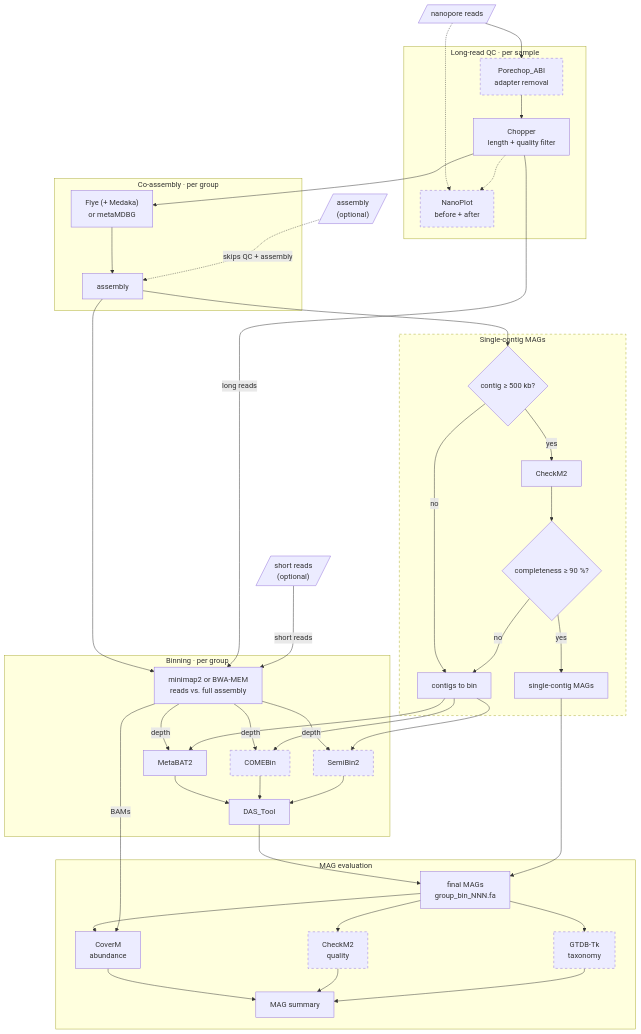
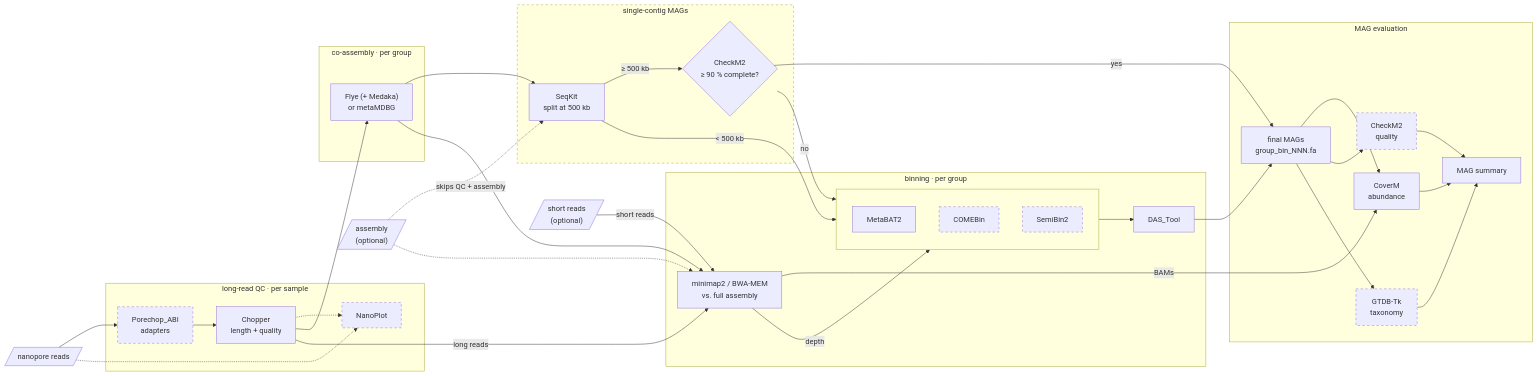
One commit to dsamoht/mag-ont changed the diagram in README.md. Above: the diagram before and after it, drawn with Mermaid.

Commit message:
horizontal dag edit

````diff
--- a/README.md
+++ b/README.md
@@ -24,64 +24,59 @@
 ```mermaid
-flowchart TD
+flowchart LR
     lr[/"nanopore reads"/]
     sr[/"short reads<br/>(optional)"/]
     asm_in[/"assembly<br/>(optional)"/]
 
-    subgraph qc ["Long-read QC · per sample"]
-        porechop["Porechop_ABI<br/>adapter removal"] --> chopper["Chopper<br/>length + quality filter"]
-        nanoplot["NanoPlot<br/>before + after"]
+    subgraph qc ["long-read QC · per sample"]
+        porechop["Porechop_ABI<br/>adapters"] --> chopper["Chopper<br/>length + quality"]
+        nanoplot["NanoPlot"]
     end
 
-    subgraph assembly ["Co-assembly · per group"]
-        assembler["Flye (+ Medaka)<br/>or metaMDBG"] --> asm["assembly"]
+    subgraph assembly ["co-assembly · per group"]
+        assembler["Flye (+ Medaka)<br/>or metaMDBG"]
     end
 
-    subgraph scmag ["Single-contig MAGs"]
-        is_long{"contig ≥ 500 kb?"}
-        checkm_sc["CheckM2"]
-        is_complete{"completeness ≥ 90 %?"}
-        sc["single-contig MAGs"]
-        to_bin["contigs to bin"]
-        is_long -- yes --> checkm_sc --> is_complete
-        is_long -- no --> to_bin
-        is_complete -- no --> to_bin
-        is_complete -- yes --> sc
+    subgraph scmag ["single-contig MAGs"]
+        split["SeqKit<br/>split at 500 kb"] -- "≥ 500 kb" --> checkm_sc{"CheckM2<br/>≥ 90 % complete?"}
     end
 
-    subgraph binning ["Binning · per group"]
-        mapping["minimap2 or BWA-MEM<br/>reads vs. full assembly"]
-        metabat["MetaBAT2"]
-        comebin["COMEBin"]
-        semibin["SemiBin2"]
+    subgraph binning ["binning · per group"]
+        mapping["minimap2 / BWA-MEM<br/>vs. full assembly"]
+        subgraph binners [" "]
+            metabat["MetaBAT2"]
+            comebin["COMEBin"]
+            semibin["SemiBin2"]
+        end
         dastool["DAS_Tool"]
-        mapping -- depth --> metabat & comebin & semibin
-        metabat & comebin & semibin --> dastool
+        mapping -- depth --> binners --> dastool
     end
 
     subgraph evaluation ["MAG evaluation"]
         mags["final MAGs<br/>group_bin_NNN.fa"]
         coverm["CoverM<br/>abundance"]
         checkm["CheckM2<br/>quality"]
         gtdbtk["GTDB-Tk<br/>taxonomy"]
         summary["MAG summary"]
         mags --> coverm & checkm & gtdbtk --> summary
     end
 
     lr --> porechop
     lr -.-> nanoplot
     chopper -.-> nanoplot
     chopper --> assembler
-    asm_in -. skips QC + assembly .-> asm
-    asm --> is_long
-    asm --> mapping
+    assembler --> split
+    assembler --> mapping
+    asm_in -. skips QC + assembly .-> split
+    asm_in -.-> mapping
     chopper -- long reads --> mapping
     sr -- short reads --> mapping
-    to_bin --> metabat & comebin & semibin
+    split -- "< 500 kb" --> binners
+    checkm_sc -- no --> binners
+    checkm_sc -- yes --> mags
     dastool --> mags
-    sc --> mags
     mapping -- BAMs --> coverm
 
     classDef optional stroke-dasharray: 5 5
     class porechop,nanoplot,comebin,semibin,checkm,gtdbtk optional
     style scmag stroke-dasharray: 5 5
 ```
````
